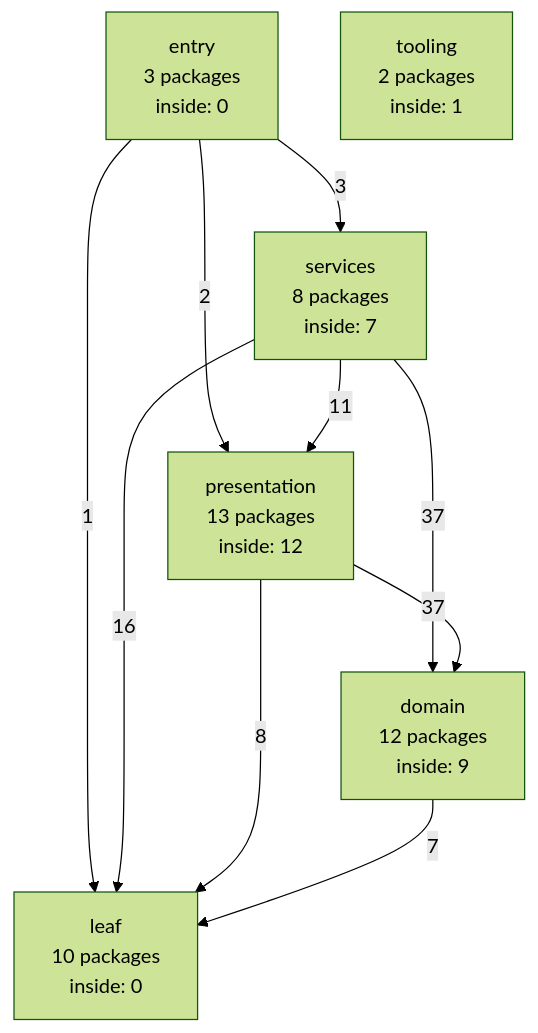
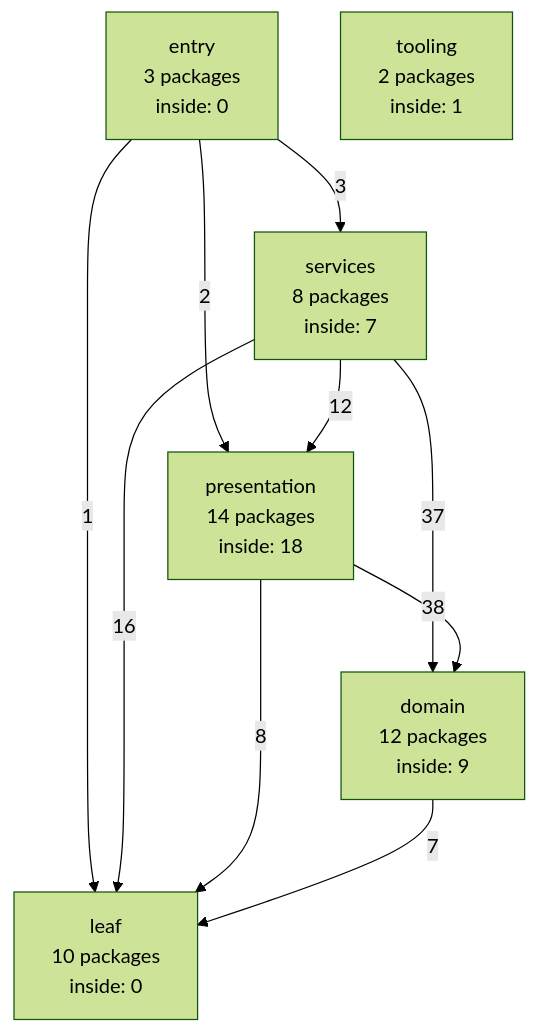
Before and after one commit to ladydascalie/dm: the diagram in docs/internals/generated/package-graph.md, drawn with Mermaid (forest theme). The commit also changed other lines of this file and 54 other files, not shown here.

````diff
--- a/docs/internals/generated/package-graph.md
+++ b/docs/internals/generated/package-graph.md
@@ -58,18 +58,18 @@
 ```mermaid
 flowchart TD
   entry["entry<br/>3 packages<br/>inside: 0"]
   services["services<br/>8 packages<br/>inside: 7"]
-  presentation["presentation<br/>13 packages<br/>inside: 12"]
+  presentation["presentation<br/>14 packages<br/>inside: 18"]
   domain["domain<br/>12 packages<br/>inside: 9"]
   leaf["leaf<br/>10 packages<br/>inside: 0"]
   tooling["tooling<br/>2 packages<br/>inside: 1"]
   entry -->|3| services
   entry -->|2| presentation
   entry -->|1| leaf
-  services -->|11| presentation
+  services -->|12| presentation
   services -->|37| domain
   services -->|16| leaf
-  presentation -->|37| domain
+  presentation -->|38| domain
   presentation -->|8| leaf
   domain -->|7| leaf
 ```
````
